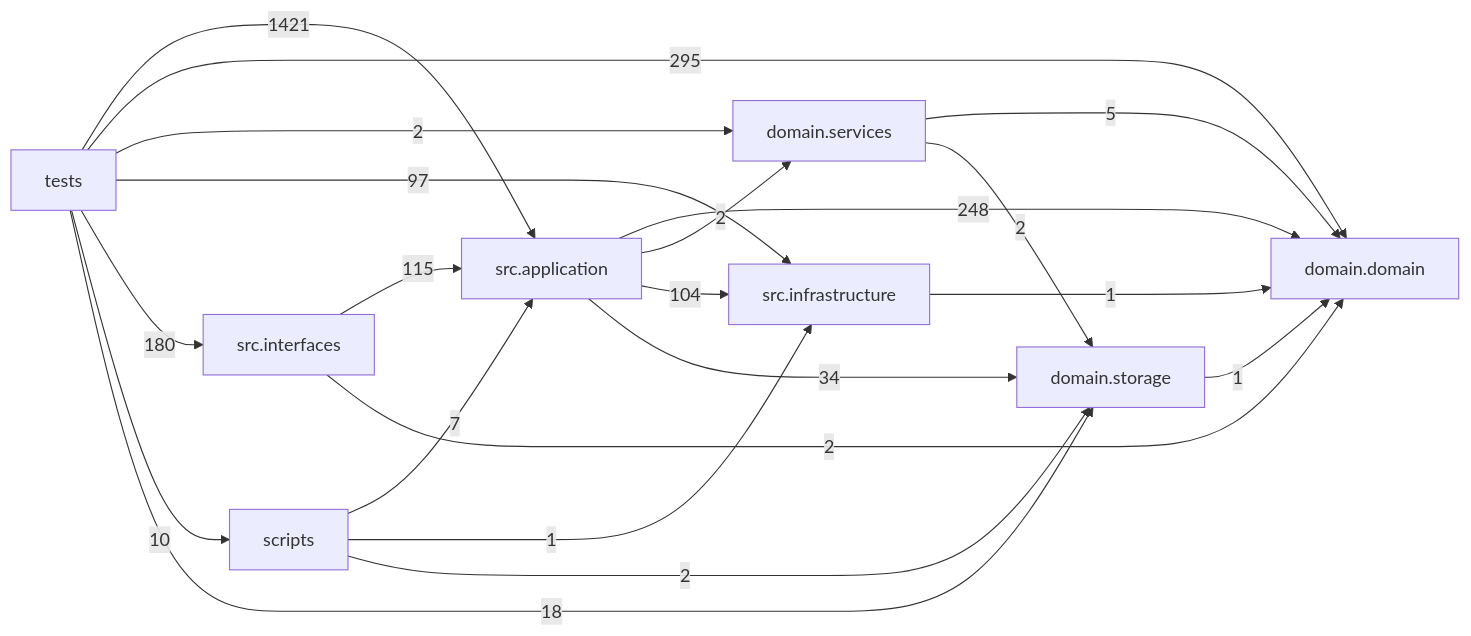
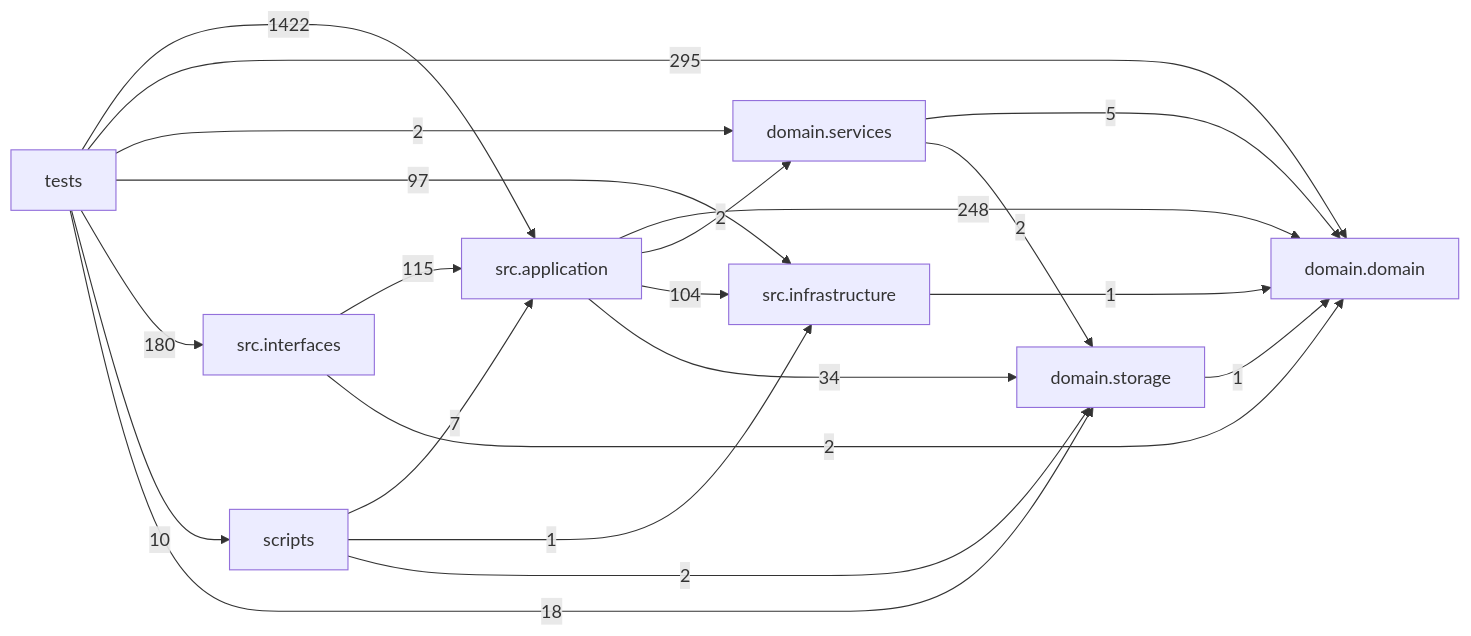
The diagram in docs/DEPENDENCY_GRAPH.md (liuxie066/options-monitor), drawn with Mermaid before and after one commit. The commit also changed other lines of this file and 8 other files, not shown here.

````diff
--- a/docs/DEPENDENCY_GRAPH.md
+++ b/docs/DEPENDENCY_GRAPH.md
@@ -24,31 +24,31 @@
 ```mermaid
 flowchart LR
   tests["tests"]
   scripts["scripts"]
   interfaces["src.interfaces"]
   application["src.application"]
   infrastructure["src.infrastructure"]
   domain_services["domain.services"]
   domain["domain.domain"]
   storage["domain.storage"]
   application -->|248| domain
   application -->|2| domain_services
   application -->|104| infrastructure
   application -->|34| storage
   domain_services -->|5| domain
   domain_services -->|2| storage
   infrastructure -->|1| domain
   interfaces -->|115| application
   interfaces -->|2| domain
   scripts -->|7| application
   scripts -->|1| infrastructure
   scripts -->|2| storage
   storage -->|1| domain
-  tests -->|1421| application
+  tests -->|1422| application
   tests -->|295| domain
   tests -->|2| domain_services
   tests -->|97| infrastructure
   tests -->|180| interfaces
   tests -->|10| scripts
   tests -->|18| storage
 ```
````
